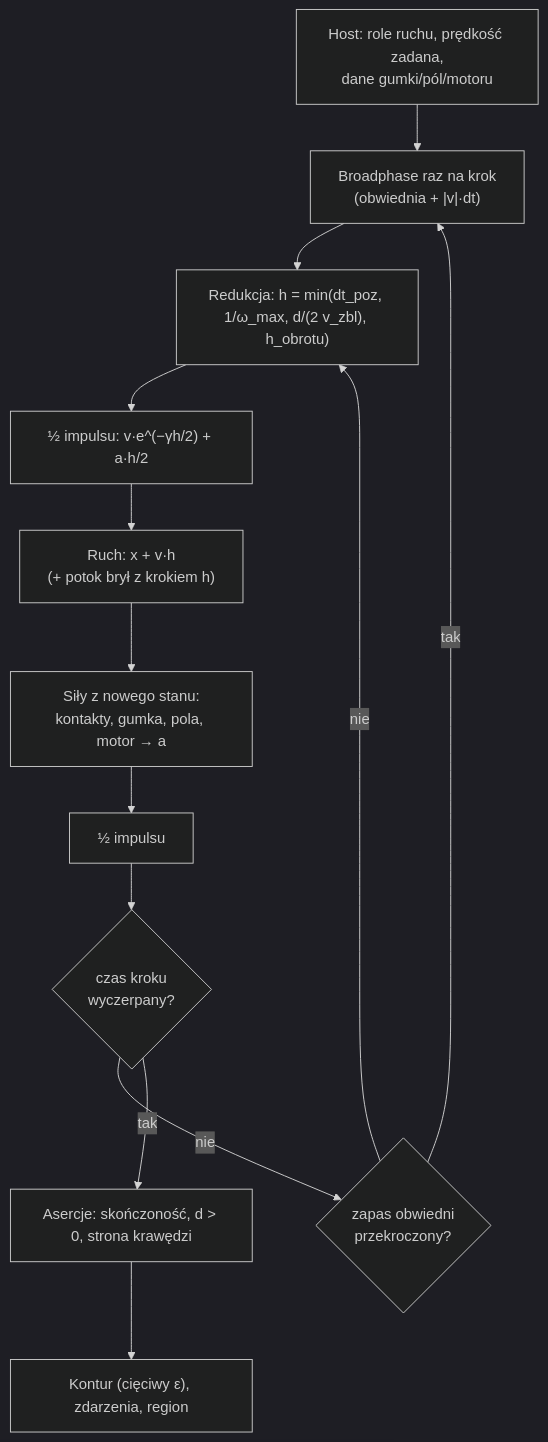
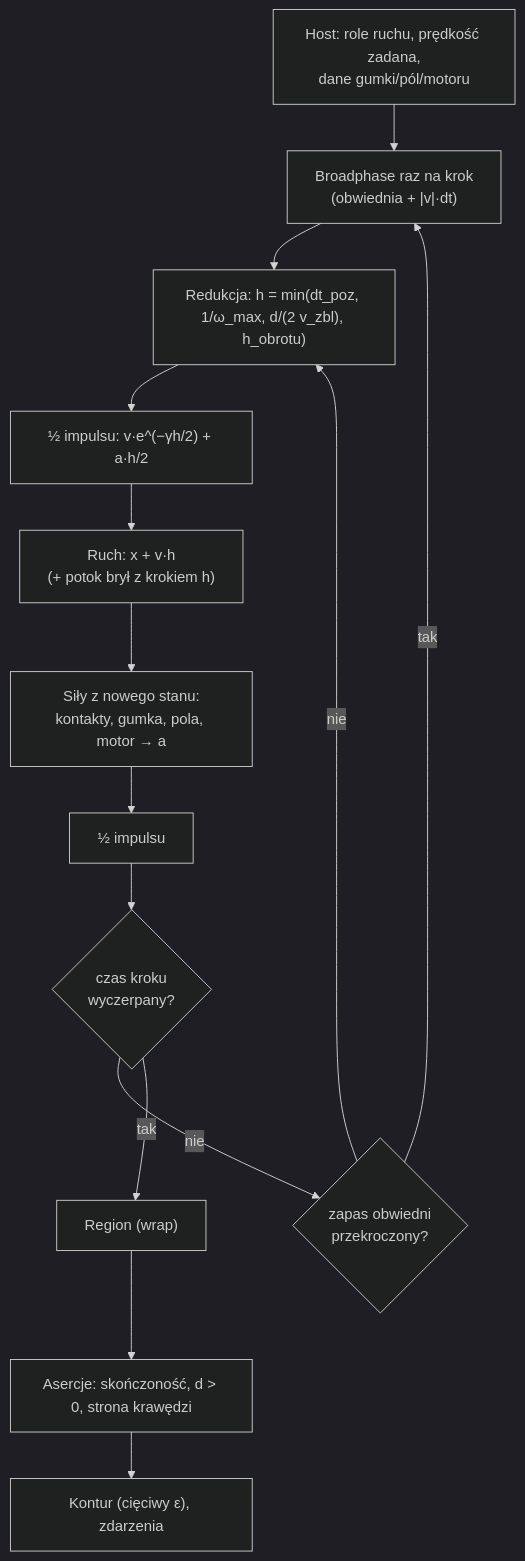
Before and after one commit to MariuszAdamowicz/BubblePhysics: the third of 3 diagrams in docs/sdlc/changes/2026-11-23-engine-4-0-0/change-design.md, drawn with Mermaid (dark theme). The commit also changed other lines of this file, not shown here.

First line of the commit message:
docs(change-design): poprawki po przeglądzie 1 — region, gumka, progi kryteriów, kodowanie przebudowy siatki

````diff
--- a/docs/sdlc/changes/2026-11-23-engine-4-0-0/change-design.md
+++ b/docs/sdlc/changes/2026-11-23-engine-4-0-0/change-design.md
@@ -188,15 +190,16 @@
 ```mermaid
 flowchart TD
   host["Host: role ruchu, prędkość zadana,<br/>dane gumki/pól/motoru"] --> bp["Broadphase raz na krok<br/>(obwiednia + |v|·dt)"]
   bp --> h["Redukcja: h = min(dt_poz, 1/ω_max, d/(2 v_zbl), h_obrotu)"]
   h --> k1["½ impulsu: v·e^(−γh/2) + a·h/2"]
   k1 --> d["Ruch: x + v·h<br/>(+ potok brył z krokiem h)"]
   d --> f["Siły z nowego stanu:<br/>kontakty, gumka, pola, motor → a"]
   f --> k2["½ impulsu"]
   k2 --> m{"czas kroku<br/>wyczerpany?"}
   m -- nie --> rb{"zapas obwiedni<br/>przekroczony?"}
   rb -- tak --> bp
   rb -- nie --> h
-  m -- tak --> as["Asercje: skończoność, d > 0, strona krawędzi"]
-  as --> out["Kontur (cięciwy ε), zdarzenia, region"]
+  m -- tak --> reg["Region (wrap)"]
+  reg --> as["Asercje: skończoność, d > 0, strona krawędzi"]
+  as --> out["Kontur (cięciwy ε), zdarzenia"]
 ```
````
